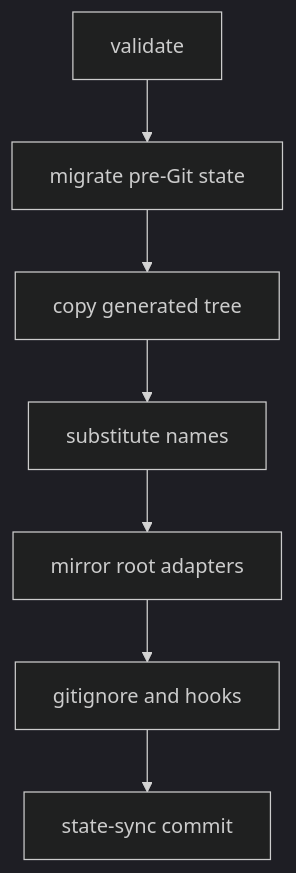
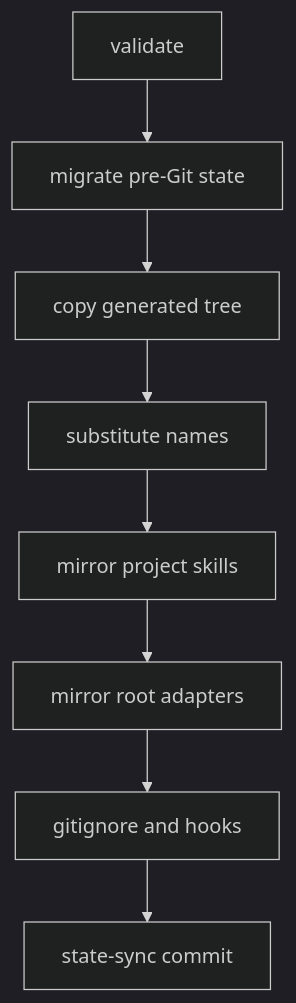
One commit to Ghisso/github_copilot_bootstrap changed the diagram in openwiki/operations/install-ownership-and-runtime-checks.md. Above: the diagram before and after it, drawn with Mermaid (dark theme). The commit also changed other lines of this file and 20 other files, not shown here.

````diff
--- a/openwiki/operations/install-ownership-and-runtime-checks.md
+++ b/openwiki/operations/install-ownership-and-runtime-checks.md
@@ -111,9 +133,10 @@
 ```mermaid
 flowchart TD
     V[validate] --> M[migrate pre-Git state]
     M --> C[copy generated tree]
     C --> S[substitute names]
-    S --> B[mirror root adapters]
+    S --> P[mirror project skills]
+    P --> B[mirror root adapters]
     B --> I[gitignore and hooks]
     I --> Y[state-sync commit]
 ```
````
